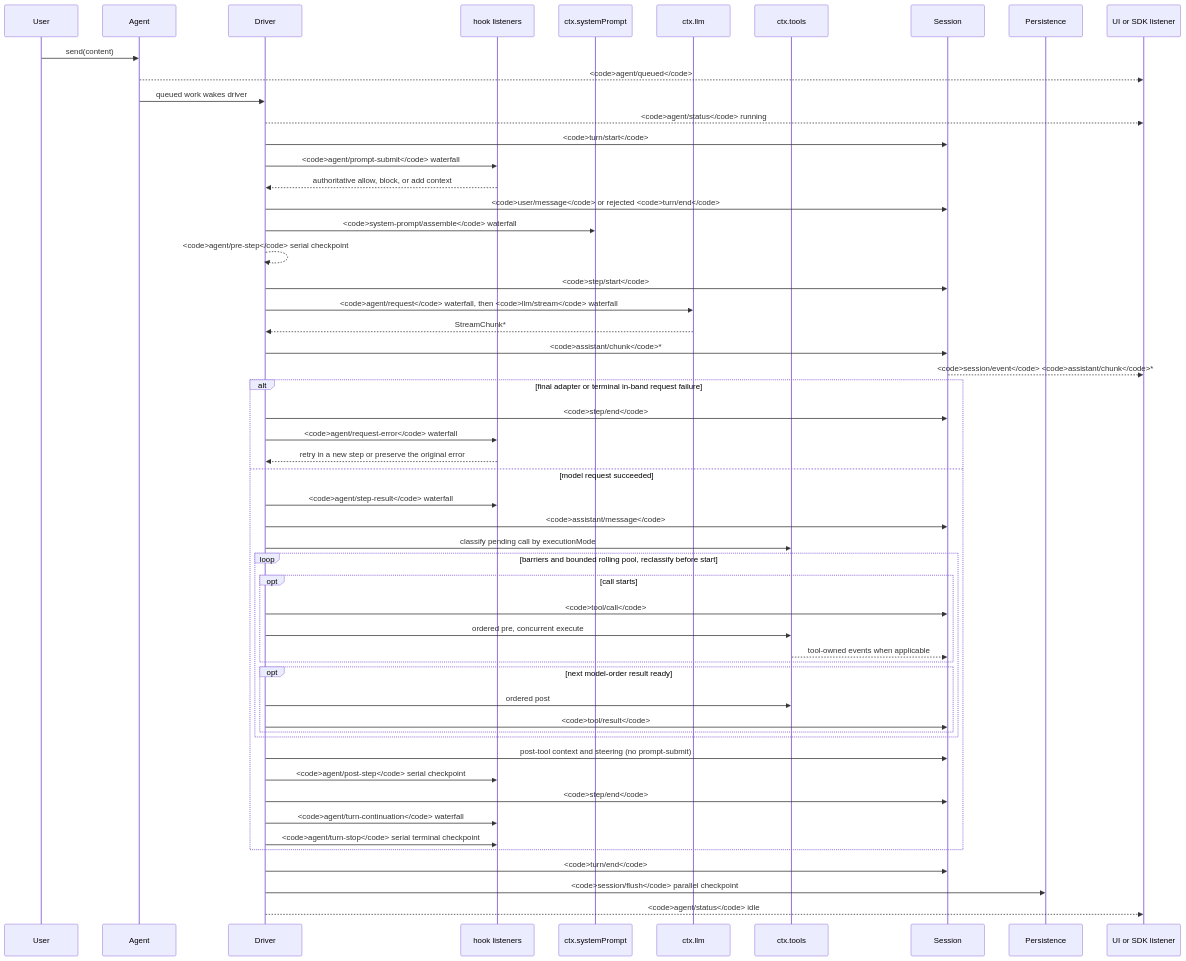
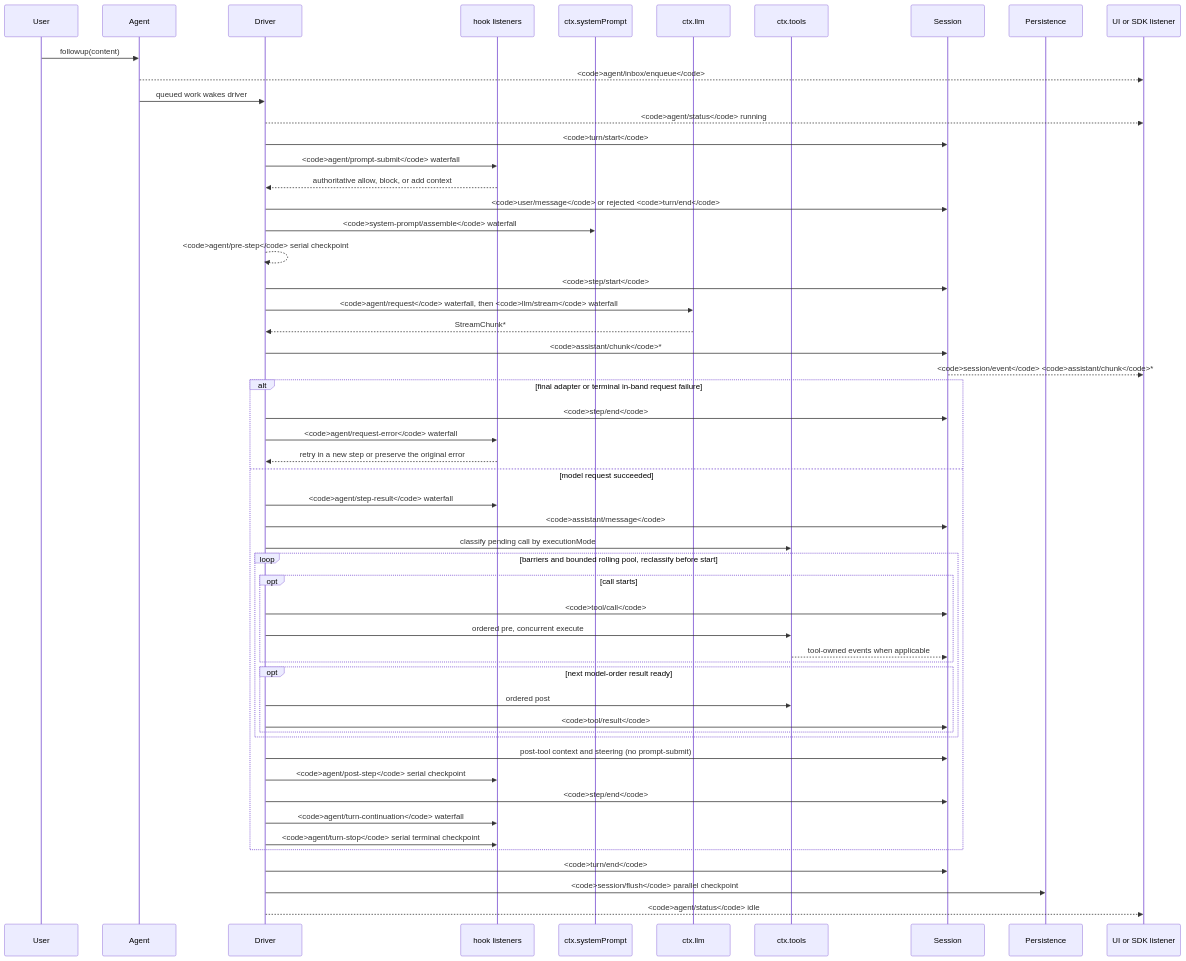
The diagram in docs/agent-lifecycle.md (eru123/coco-harness), drawn with Mermaid before and after one commit. The commit also changed 187 other files, not shown here.

````diff
--- a/docs/agent-lifecycle.md
+++ b/docs/agent-lifecycle.md
@@ -8,56 +8,56 @@
 ```mermaid
 sequenceDiagram
   participant User
   participant Agent
   participant Driver
   participant Hooks as hook listeners
   participant Prompt as ctx.systemPrompt
   participant LLM as ctx.llm
   participant Tools as ctx.tools
   participant Session
   participant Persistence
   participant SDK as UI or SDK listener
-  User->>Agent: send(content)
-  Agent-->>SDK: <code>agent/queued</code>
+  User->>Agent: followup(content)
+  Agent-->>SDK: <code>agent/inbox/enqueue</code>
   Agent->>Driver: queued work wakes driver
   Driver-->>SDK: <code>agent/status</code> running
   Driver->>Session: <code>turn/start</code>
   Driver->>Hooks: <code>agent/prompt-submit</code> waterfall
   Hooks-->>Driver: authoritative allow, block, or add context
   Driver->>Session: <code>user/message</code> or rejected <code>turn/end</code>
   Driver->>Prompt: <code>system-prompt/assemble</code> waterfall
   Driver-->>Driver: <code>agent/pre-step</code> serial checkpoint
   Driver->>Session: <code>step/start</code>
   Driver->>LLM: <code>agent/request</code> waterfall, then <code>llm/stream</code> waterfall
   LLM-->>Driver: StreamChunk*
   Driver->>Session: <code>assistant/chunk</code>*
   Session-->>SDK: <code>session/event</code> <code>assistant/chunk</code>*
   alt final adapter or terminal in-band request failure
     Driver->>Session: <code>step/end</code>
     Driver->>Hooks: <code>agent/request-error</code> waterfall
     Hooks-->>Driver: retry in a new step or preserve the original error
   else model request succeeded
   Driver->>Hooks: <code>agent/step-result</code> waterfall
   Driver->>Session: <code>assistant/message</code>
   Driver->>Tools: classify pending call by executionMode
   loop barriers and bounded rolling pool, reclassify before start
     opt call starts
       Driver->>Session: <code>tool/call</code>
       Driver->>Tools: ordered pre, concurrent execute
       Tools-->>Session: tool-owned events when applicable
     end
     opt next model-order result ready
       Driver->>Tools: ordered post
       Driver->>Session: <code>tool/result</code>
     end
   end
   Driver->>Session: post-tool context and steering (no prompt-submit)
   Driver->>Hooks: <code>agent/post-step</code> serial checkpoint
   Driver->>Session: <code>step/end</code>
   Driver->>Hooks: <code>agent/turn-continuation</code> waterfall
   Driver->>Hooks: <code>agent/turn-stop</code> serial terminal checkpoint
   end
   Driver->>Session: <code>turn/end</code>
   Driver->>Persistence: <code>session/flush</code> parallel checkpoint
   Driver-->>SDK: <code>agent/status</code> idle
 ```
````
